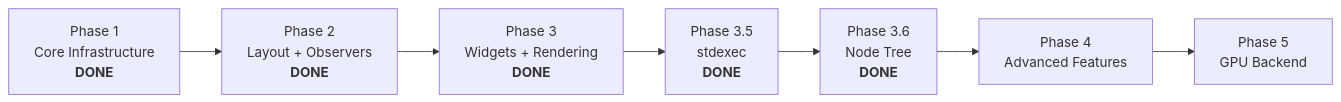
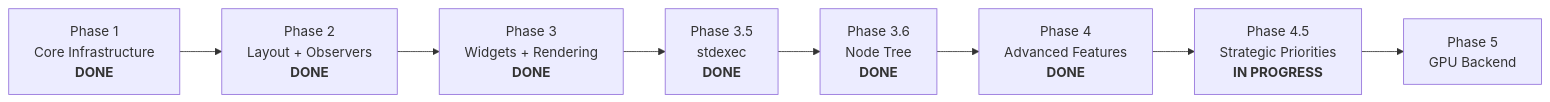
The sixth of 6 diagrams in README.md (jeandet/PRSIM), drawn with Mermaid before and after one commit. The commit also changed other lines of this file, not shown here.

First line of the commit message:
docs: update README roadmap and Quick Tour for inspector annotations

````diff
--- a/README.md
+++ b/README.md
@@ -369,12 +385,13 @@
 ```mermaid
 graph LR
     P1["Phase 1<br/>Core Infrastructure<br/><b>DONE</b>"]
     P2["Phase 2<br/>Layout + Observers<br/><b>DONE</b>"]
     P3["Phase 3<br/>Widgets + Rendering<br/><b>DONE</b>"]
     P35["Phase 3.5<br/>stdexec<br/><b>DONE</b>"]
     P36["Phase 3.6<br/>Node Tree<br/><b>DONE</b>"]
-    P4["Phase 4<br/>Advanced Features"]
+    P4["Phase 4<br/>Advanced Features<br/><b>DONE</b>"]
+    P45["Phase 4.5<br/>Strategic Priorities<br/><b>IN PROGRESS</b>"]
     P5["Phase 5<br/>GPU Backend"]
 
-    P1 --> P2 --> P3 --> P35 --> P36 --> P4 --> P5
+    P1 --> P2 --> P3 --> P35 --> P36 --> P4 --> P45 --> P5
 ```
````
